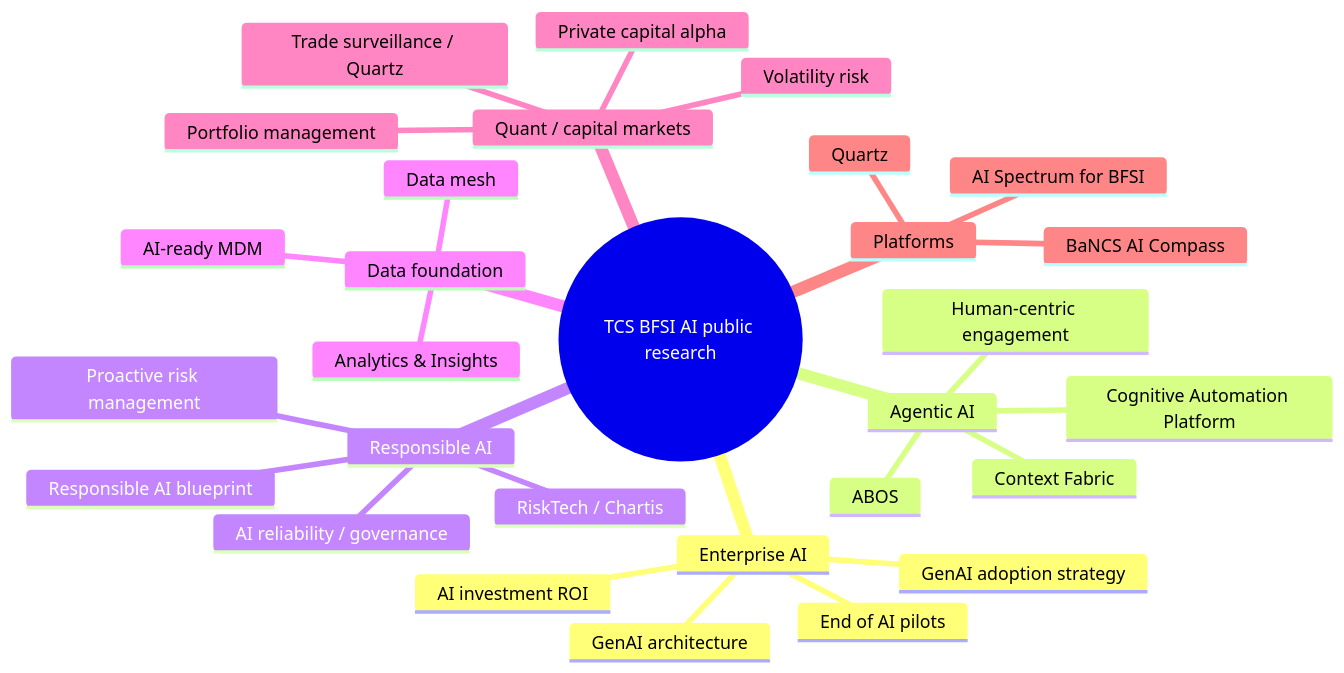
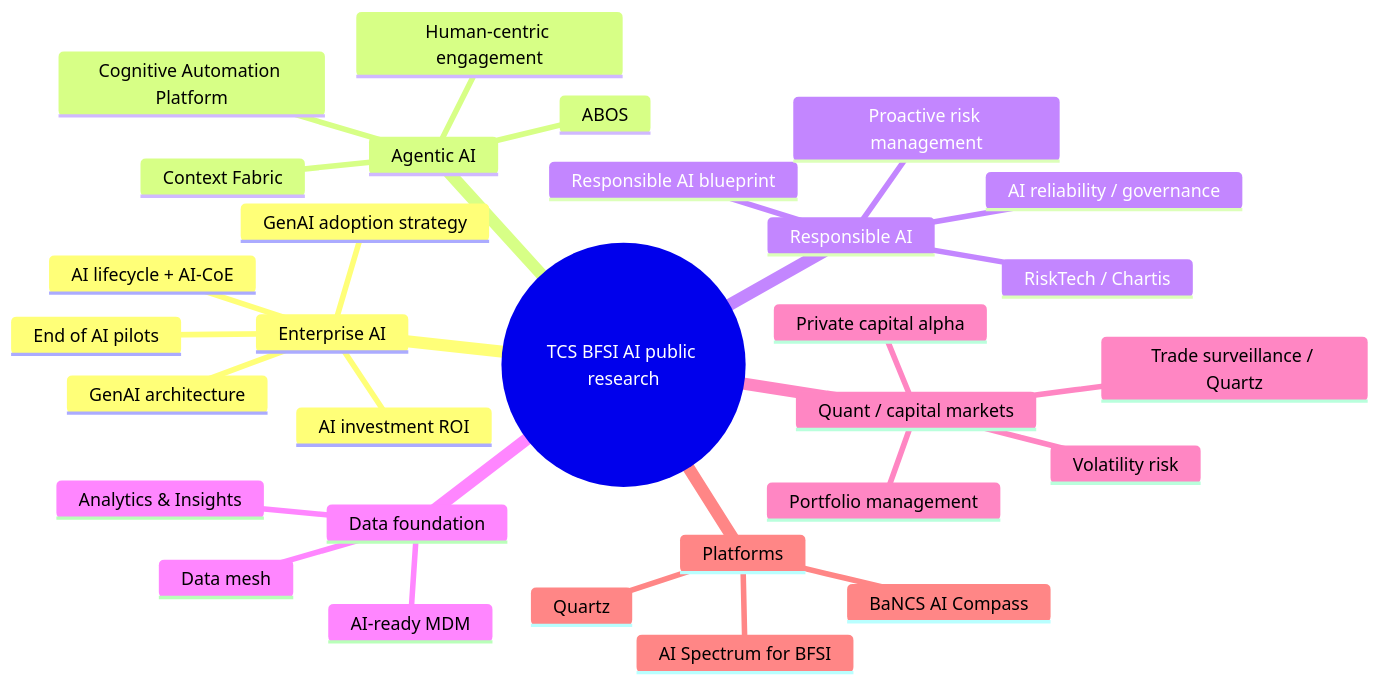
The first of 6 diagrams in research/bfsi-ai-reading-room.md (Akilankm/second-brain), drawn with Mermaid before and after one commit. The commit also changed other lines of this file, not shown here.

Commit message:
Add TCS banking AI lifecycle and AI-CoE paper to reading room

````diff
--- a/research/bfsi-ai-reading-room.md
+++ b/research/bfsi-ai-reading-room.md
@@ -14,32 +14,33 @@
 ```mermaid
 mindmap
   root((TCS BFSI AI public research))
     Enterprise AI
       End of AI pilots
       AI investment ROI
+      AI lifecycle + AI-CoE
       GenAI adoption strategy
       GenAI architecture
     Agentic AI
       Context Fabric
       Human-centric engagement
       ABOS
       Cognitive Automation Platform
     Responsible AI
       Responsible AI blueprint
       AI reliability / governance
       Proactive risk management
       RiskTech / Chartis
     Data foundation
       AI-ready MDM
       Data mesh
       Analytics & Insights
     Quant / capital markets
       Volatility risk
       Portfolio management
       Private capital alpha
       Trade surveillance / Quartz
     Platforms
       BaNCS AI Compass
       Quartz
       AI Spectrum for BFSI
 ```
````
